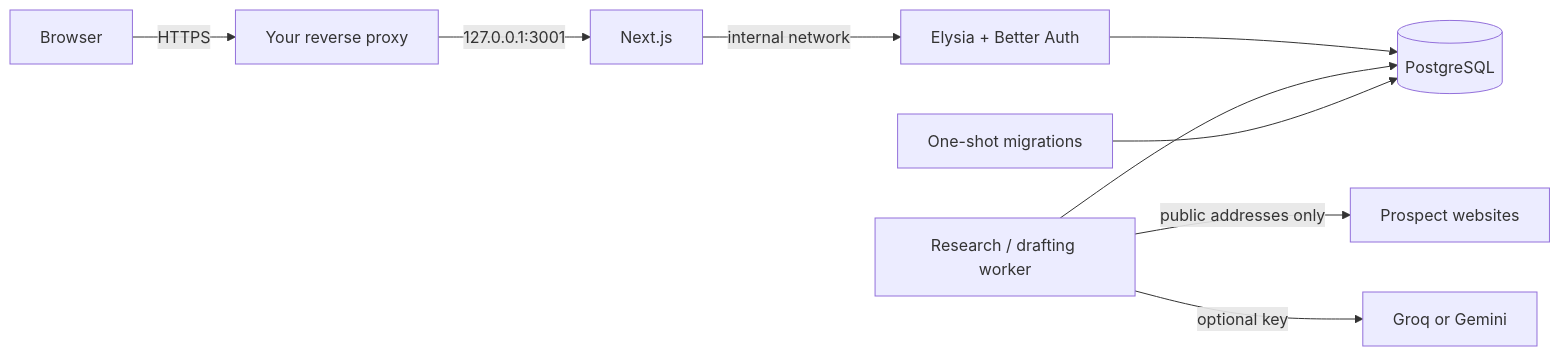
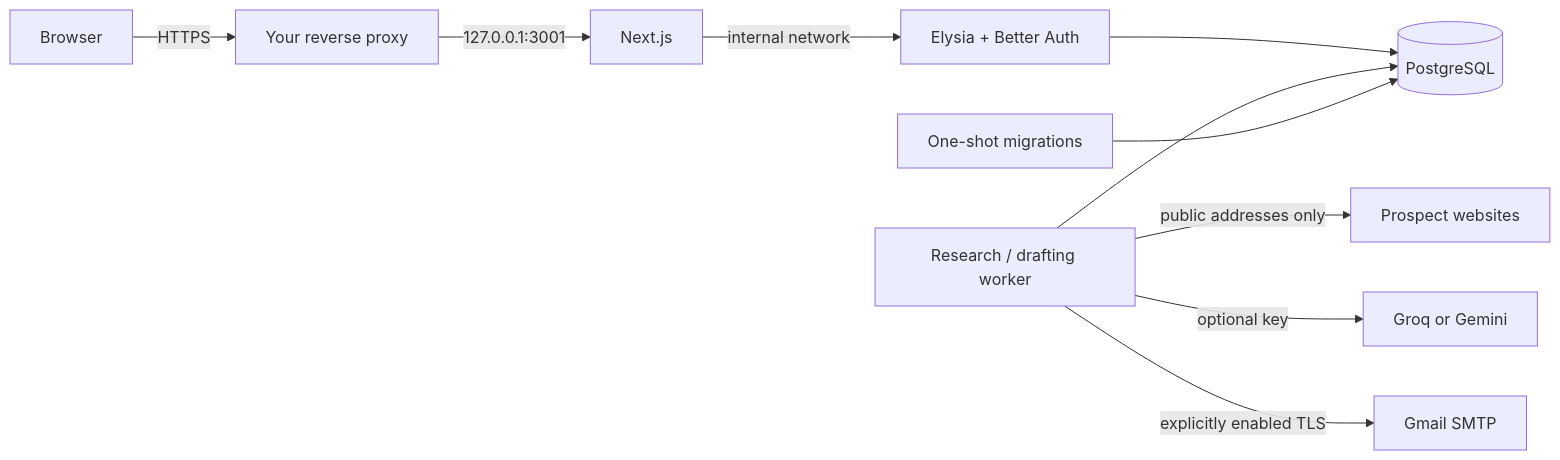
One commit to ashboi005/qublox-sales changed the diagram in docs/vps.md. Above: the diagram before and after it, drawn with Mermaid. The commit also changed other lines of this file and 37 other files, not shown here.

````diff
--- a/docs/vps.md
+++ b/docs/vps.md
@@ -5,11 +5,12 @@
 ```mermaid
 flowchart LR
   Browser -->|HTTPS| Proxy[Your reverse proxy]
   Proxy -->|127.0.0.1:3001| Web[Next.js]
   Web -->|internal network| API[Elysia + Better Auth]
   API --> PG[(PostgreSQL)]
   Worker[Research / drafting worker] --> PG
   Worker -->|public addresses only| Sites[Prospect websites]
   Worker -->|optional key| AI[Groq or Gemini]
+  Worker -->|explicitly enabled TLS| Gmail[Gmail SMTP]
   Migrate[One-shot migrations] --> PG
 ```
````
